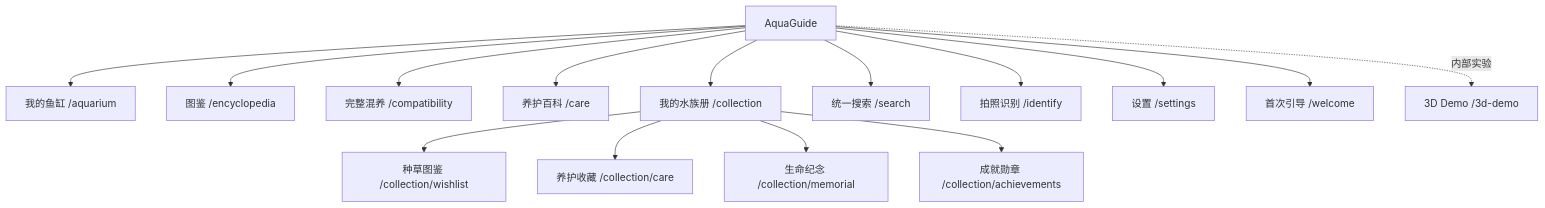
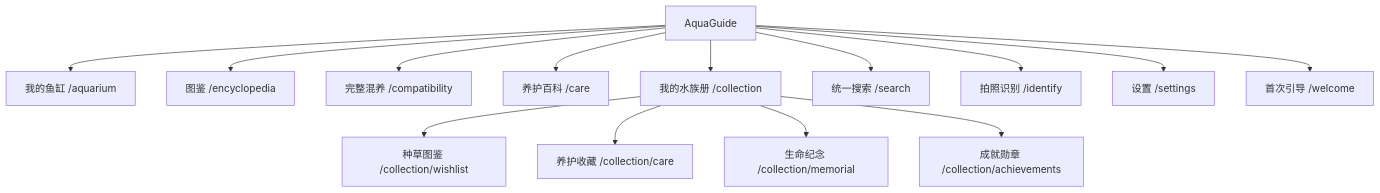
The diagram in docs/02-design/INFORMATION_ARCHITECTURE.md (chusday97/aquaguide-tank-guide), drawn with Mermaid before and after one commit. The commit also changed other lines of this file and 19 other files, not shown here.

````diff
--- a/docs/02-design/INFORMATION_ARCHITECTURE.md
+++ b/docs/02-design/INFORMATION_ARCHITECTURE.md
@@ -7,17 +7,16 @@
 ```mermaid
 flowchart TD
   A["AquaGuide"] --> B["我的鱼缸 /aquarium"]
   A --> C["图鉴 /encyclopedia"]
   A --> C2["完整混养 /compatibility"]
   A --> D["养护百科 /care"]
   A --> E["我的水族册 /collection"]
   E --> E1["种草图鉴 /collection/wishlist"]
   E --> E2["养护收藏 /collection/care"]
   E --> E3["生命纪念 /collection/memorial"]
   E --> E4["成就勋章 /collection/achievements"]
   A --> S["统一搜索 /search"]
   A --> I["拍照识别 /identify"]
   A --> T["设置 /settings"]
   A --> W["首次引导 /welcome"]
-  A -. 内部实验 .-> X["3D Demo /3d-demo"]
 ```
````
